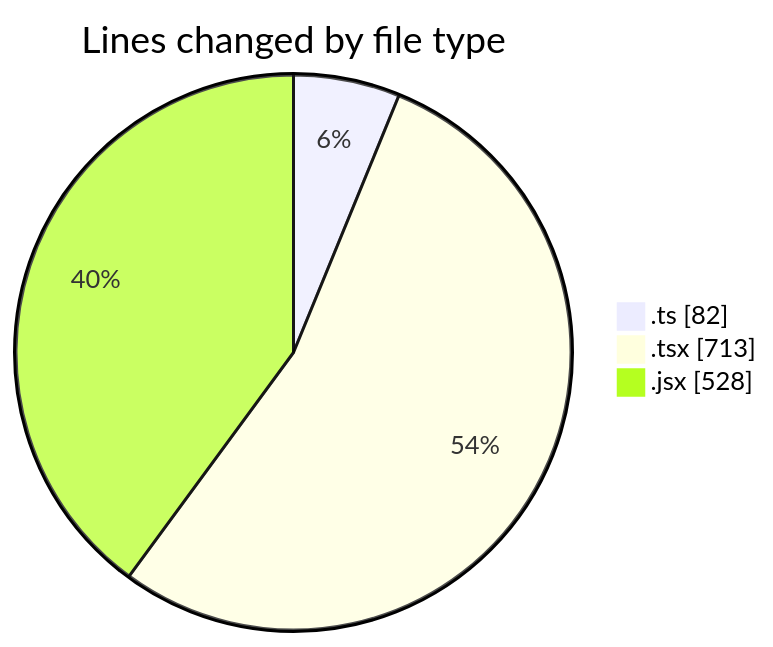
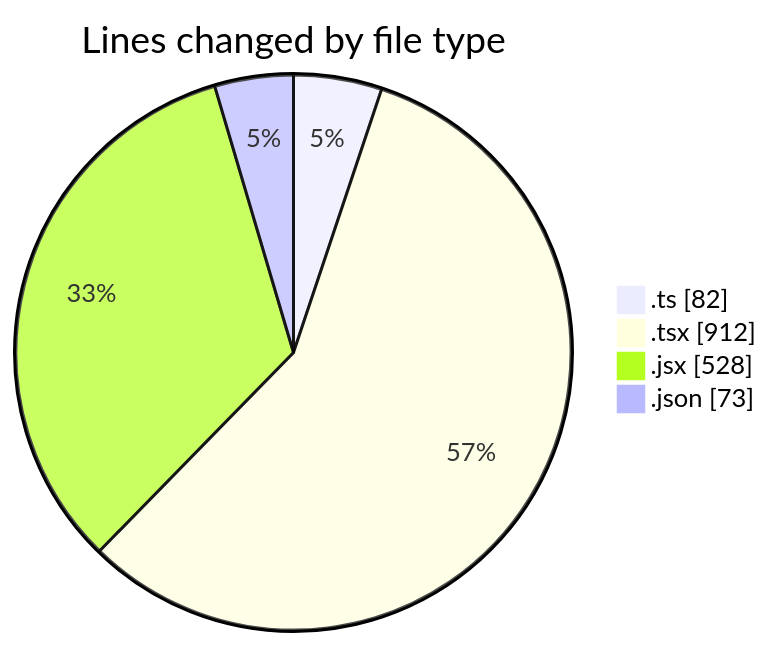
One commit to robertbonfada/code-tracking changed the first of 2 diagrams in 2025-01-25/termonied-web/README.md. Above: the diagram before and after it, drawn with Mermaid. The commit also changed other lines of this file and 1 other file, not shown here.

````diff
--- a/2025-01-25/termonied-web/README.md
+++ b/2025-01-25/termonied-web/README.md
@@ -27,7 +30,8 @@
 ```mermaid
 pie showData
 title Lines changed by file type
 ".ts" : 82
-".tsx" : 713
+".tsx" : 912
 ".jsx" : 528
+".json" : 73
 ```
````
